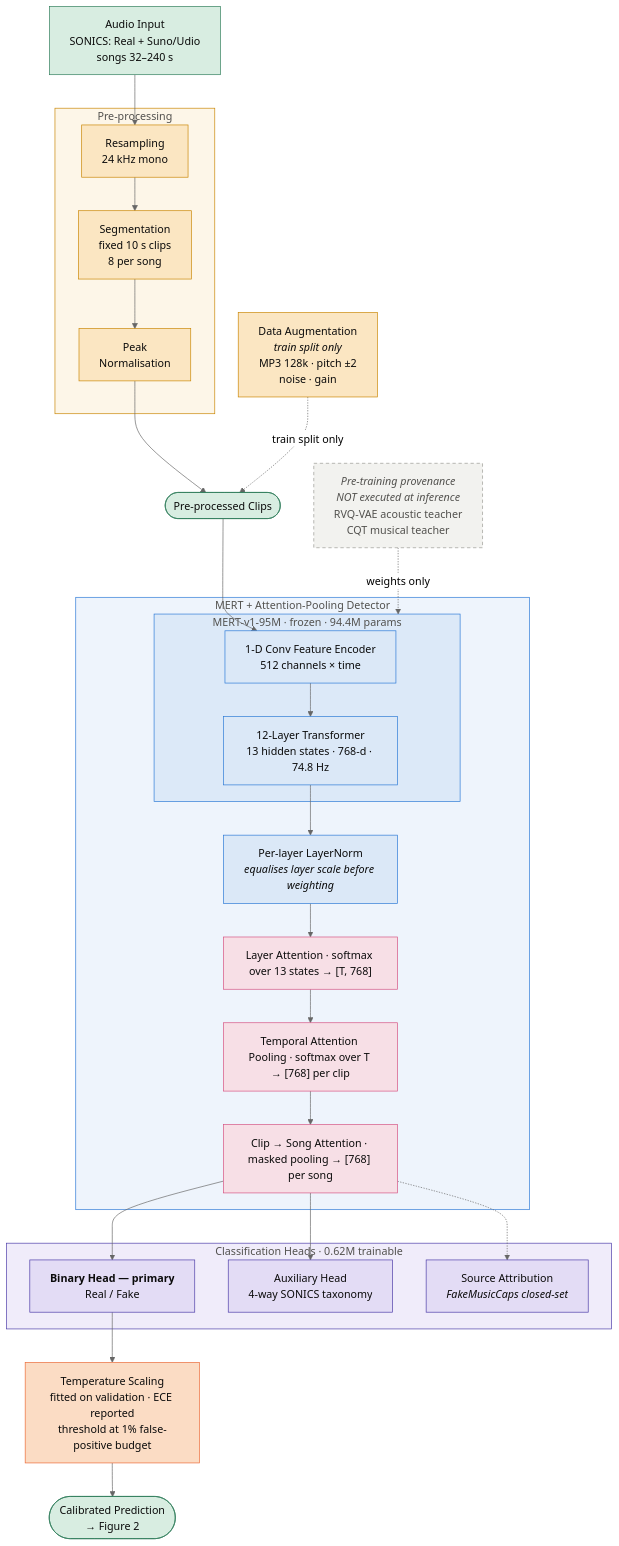
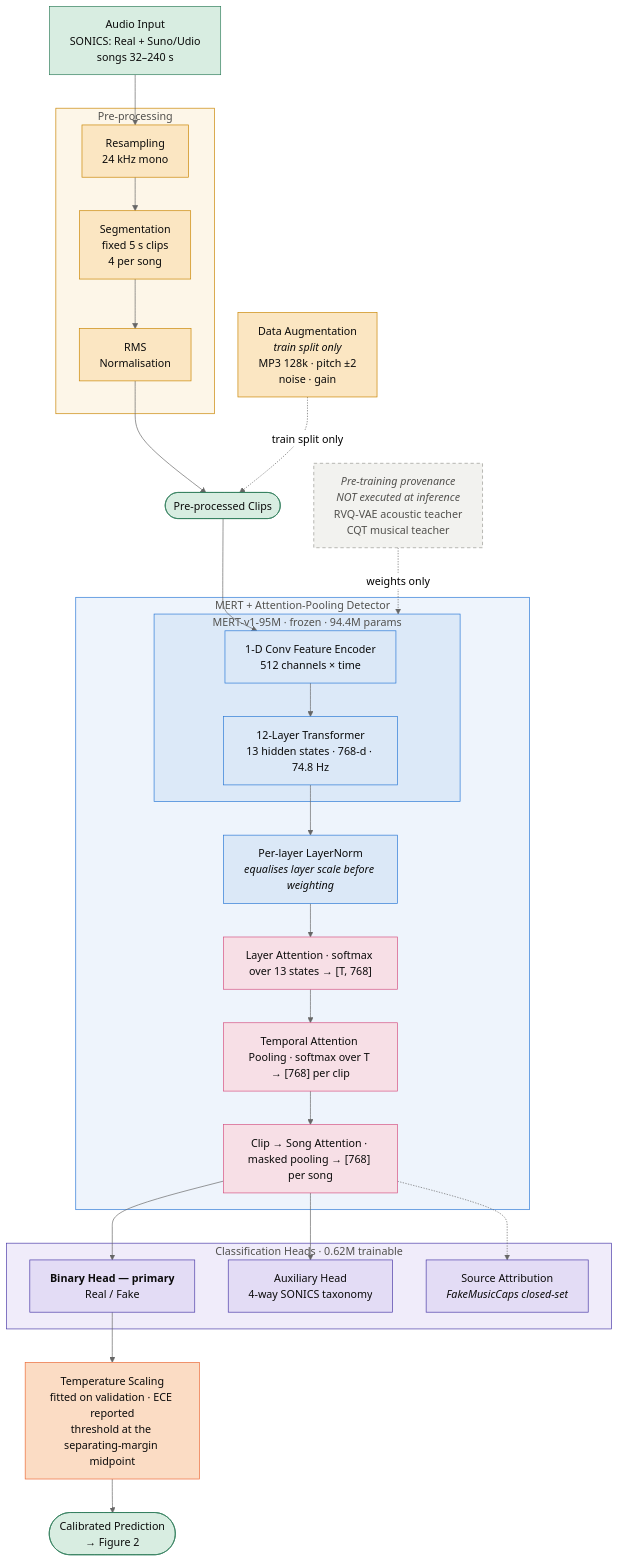
The diagram in docs/figures/architecture.mmd (Laksh-D25/explainable-aimd), drawn with Mermaid (neutral theme) before and after one commit. The commit also changed 3 other files, not shown here.

First line of the commit message:
Add the architecture figure, drawn in TikZ

```diff
--- a/docs/figures/architecture.mmd
+++ b/docs/figures/architecture.mmd
@@ -1,65 +1,65 @@
 %% Figure 1 — Detector architecture (corrected).
 %% See docs/architecture-review.md for what changed from the original and why.
 flowchart TD
     IN["Audio Input<br/>SONICS: Real + Suno/Udio<br/>songs 32–240 s"]
 
     subgraph PRE["Pre-processing"]
-        RS["Resampling<br/>24 kHz mono"] --> SG["Segmentation<br/>fixed 10 s clips<br/>8 per song"] --> NM["Peak<br/>Normalisation"]
+        RS["Resampling<br/>24 kHz mono"] --> SG["Segmentation<br/>fixed 5 s clips<br/>4 per song"] --> NM["RMS<br/>Normalisation"]
     end
 
     AUG["Data Augmentation<br/><i>train split only</i><br/>MP3 128k · pitch ±2<br/>noise · gain"]
 
     IN --> RS
     NM --> READY(["Pre-processed Clips"])
     AUG -.->|train split only| READY
 
     PT["<i>Pre-training provenance</i><br/><i>NOT executed at inference</i><br/>RVQ-VAE acoustic teacher<br/>CQT musical teacher"]
 
     subgraph DET["MERT + Attention-Pooling Detector"]
         subgraph BB["MERT-v1-95M · frozen · 94.4M params"]
             CONV["1-D Conv Feature Encoder<br/>512 channels × time"] --> TR["12-Layer Transformer<br/>13 hidden states · 768-d · 74.8 Hz"]
         end
         LN["Per-layer LayerNorm<br/><i>equalises layer scale before weighting</i>"]
         LA["Layer Attention · softmax over 13 states → [T, 768]"]
         TA["Temporal Attention Pooling · softmax over T → [768] per clip"]
         SA["Clip → Song Attention · masked pooling → [768] per song"]
         TR --> LN --> LA --> TA --> SA
     end
 
     READY --> CONV
     PT -.->|weights only| BB
 
     subgraph HEADS["Classification Heads · 0.62M trainable"]
         BIN["<b>Binary Head — primary</b><br/>Real / Fake"]
         TAX["Auxiliary Head<br/>4-way SONICS taxonomy"]
         SRC["Source Attribution<br/><i>FakeMusicCaps closed-set</i>"]
     end
 
     SA --> BIN & TAX
     SA -.-> SRC
 
-    CAL["Temperature Scaling<br/>fitted on validation · ECE reported<br/>threshold at 1% false-positive budget"]
+    CAL["Temperature Scaling<br/>fitted on validation · ECE reported<br/>threshold at the separating-margin midpoint"]
     BIN --> CAL
     OUT(["Calibrated Prediction<br/>→ Figure 2"])
     CAL --> OUT
 
     classDef data fill:#d8ede1,stroke:#2f7d5a,color:#0b0b0b
     classDef prep fill:#fbe6c2,stroke:#c98500,color:#0b0b0b
     classDef model fill:#dbe8f7,stroke:#2a78d6,color:#0b0b0b
     classDef pool fill:#f7dfe6,stroke:#d55181,color:#0b0b0b
     classDef head fill:#e3dcf5,stroke:#4a3aa7,color:#0b0b0b
     classDef out fill:#fbdcc4,stroke:#eb6834,color:#0b0b0b
     classDef ghost fill:#f2f2ef,stroke:#9a9a94,color:#52514e,stroke-dasharray: 5 4
 
     class IN,READY,OUT data
     class RS,SG,NM,AUG prep
     class CONV,TR,LN model
     class LA,TA,SA pool
     class BIN,TAX,SRC head
     class CAL out
     class PT ghost
 
     style PRE fill:#fdf6e8,stroke:#c98500,color:#52514e
     style DET fill:#eef4fc,stroke:#2a78d6,color:#52514e
     style BB fill:#dce9f8,stroke:#2a78d6,color:#52514e
     style HEADS fill:#f0ecfa,stroke:#4a3aa7,color:#52514e
```
